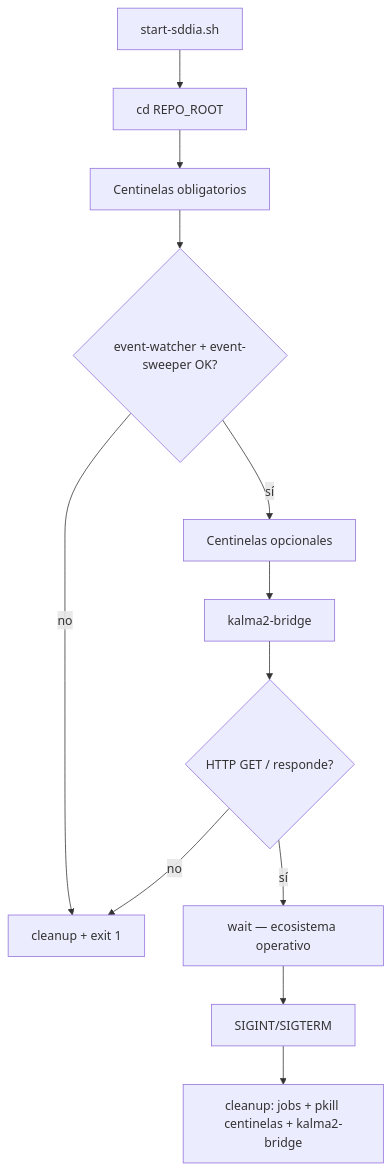
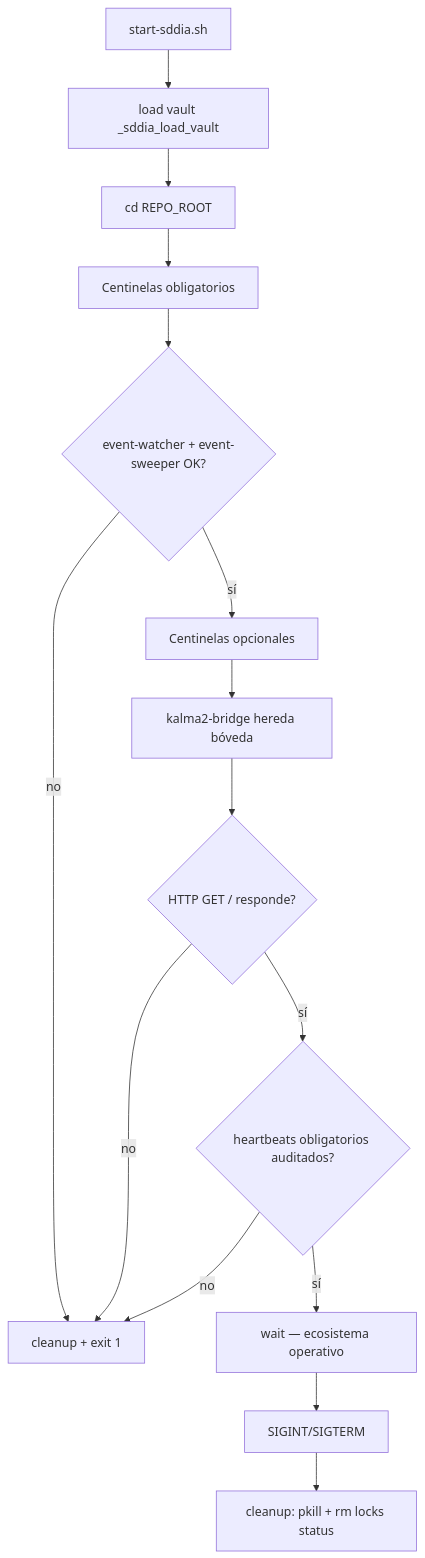
One commit to racso80es/SddIA changed the diagram in start-sddia.md. Above: the diagram before and after it, drawn with Mermaid. The commit also changed other lines of this file and 14 other files, not shown here.

````diff
--- a/start-sddia.md
+++ b/start-sddia.md
@@ -30,14 +32,17 @@
 ```mermaid
 flowchart TD
-    A[start-sddia.sh] --> B[cd REPO_ROOT]
+    A[start-sddia.sh] --> V[load vault _sddia_load_vault]
+    V --> B[cd REPO_ROOT]
     B --> C[Centinelas obligatorios]
     C --> D{event-watcher + event-sweeper OK?}
     D -->|no| X[cleanup + exit 1]
     D -->|sí| E[Centinelas opcionales]
-    E --> F[kalma2-bridge]
+    E --> F[kalma2-bridge hereda bóveda]
     F --> G{HTTP GET / responde?}
     G -->|no| X
-    G -->|sí| H[wait — ecosistema operativo]
+    G -->|sí| HB{heartbeats obligatorios auditados?}
+    HB -->|no| X
+    HB -->|sí| H[wait — ecosistema operativo]
     H --> I[SIGINT/SIGTERM]
-    I --> J[cleanup: jobs + pkill centinelas + kalma2-bridge]
+    I --> J[cleanup: pkill + rm locks status]
 ```
````
